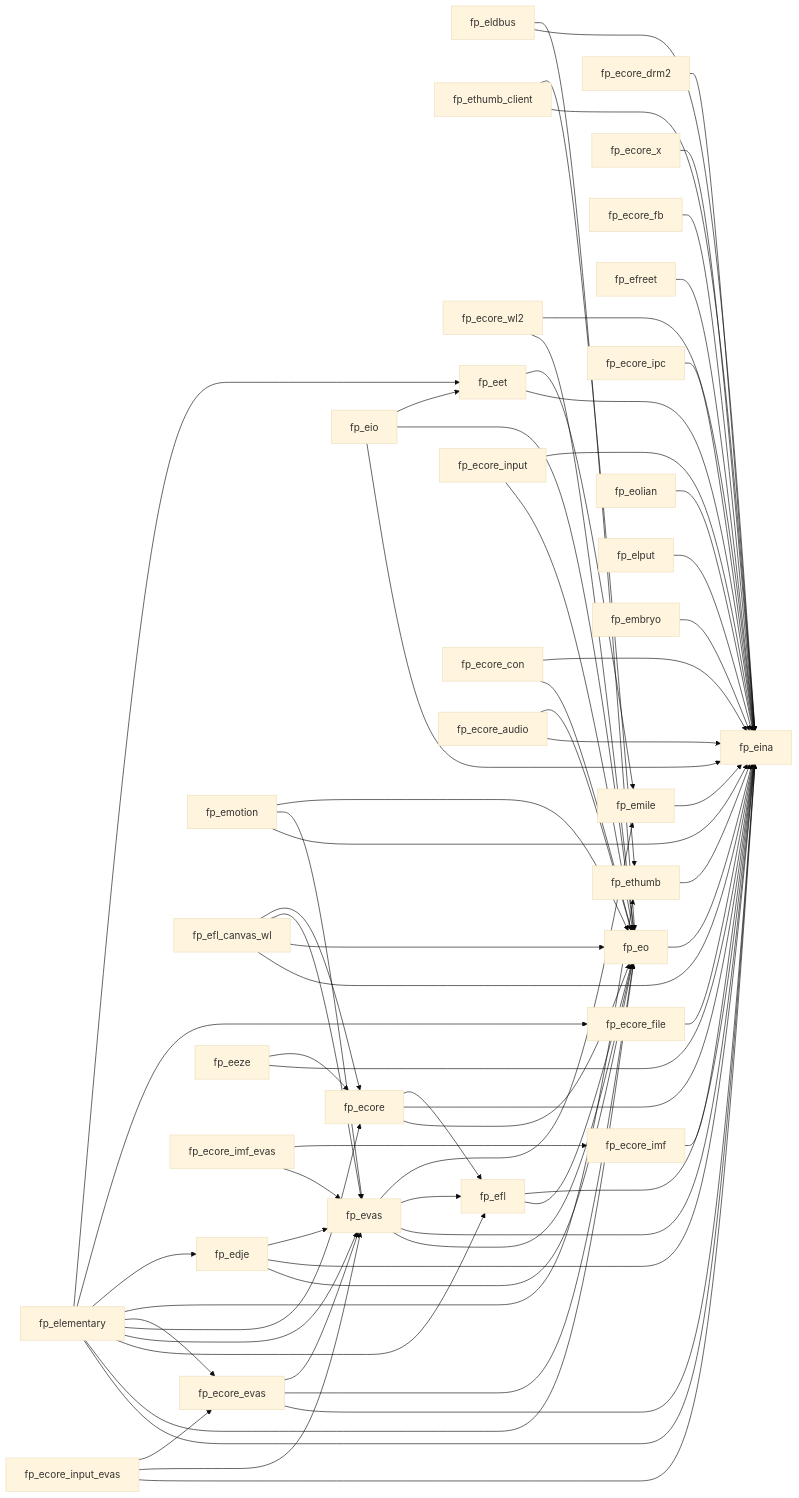
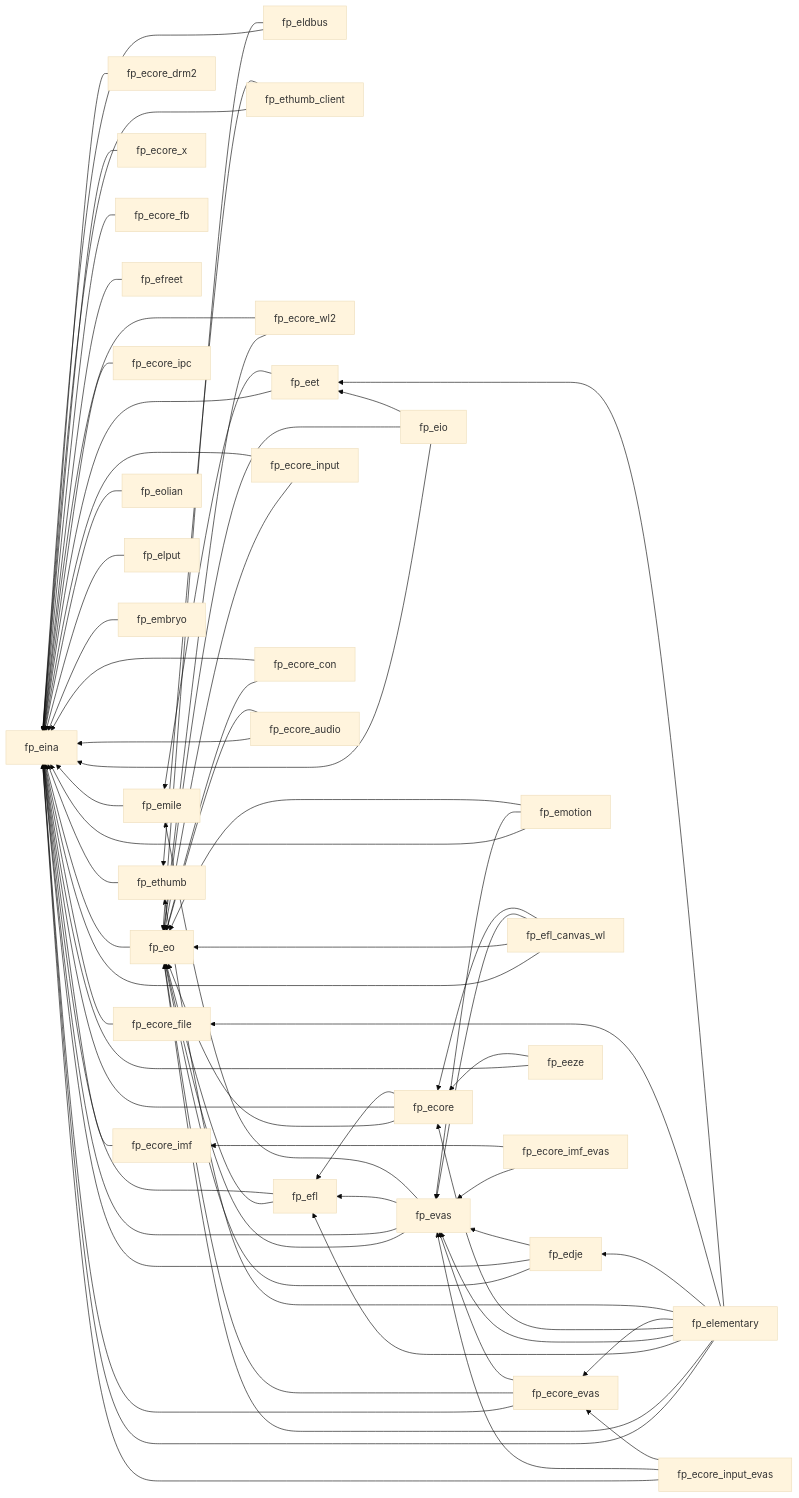
One commit to sechshelme/Lazarus-GNOME-GTK4-Packages_and_Examples changed the diagram in advancedpackages/efl/readme.md. Above: the diagram before and after it, drawn with Mermaid (base theme).

````diff
--- a/advancedpackages/efl/readme.md
+++ b/advancedpackages/efl/readme.md
@@ -1,72 +1,72 @@
 ```mermaid
-flowchart LR
+flowchart RL
     fp_eo --> fp_eina
     fp_eldbus --> fp_eina
     fp_eldbus --> fp_eo
     fp_ecore_drm2 --> fp_eina
     fp_ethumb_client --> fp_eina
     fp_ethumb_client --> fp_ethumb
     fp_ecore_wl2 --> fp_eo
     fp_ecore_wl2 --> fp_eina
     fp_ecore_x --> fp_eina
     fp_ecore_input_evas --> fp_eina
     fp_ecore_input_evas --> fp_evas
     fp_ecore_input_evas --> fp_ecore_evas
     fp_efl --> fp_eo
     fp_efl --> fp_eina
     fp_ecore_fb --> fp_eina
     fp_efreet --> fp_eina
     fp_evas --> fp_eo
     fp_evas --> fp_eina
     fp_evas --> fp_efl
     fp_evas --> fp_emile
     fp_eio --> fp_eina
     fp_eio --> fp_eo
     fp_eio --> fp_eet
     fp_ecore_evas --> fp_eina
     fp_ecore_evas --> fp_eo
     fp_ecore_evas --> fp_evas
     fp_eet --> fp_eina
     fp_eet --> fp_emile
     fp_ecore_ipc --> fp_eina
     fp_emile --> fp_eina
     fp_ecore_file --> fp_eina
     fp_ecore_input --> fp_eo
     fp_ecore_input --> fp_eina
     fp_ecore_imf --> fp_eina
     fp_emotion --> fp_eina
     fp_emotion --> fp_evas
     fp_emotion --> fp_eo
     fp_eolian --> fp_eina
     fp_ecore_con --> fp_eo
     fp_ecore_con --> fp_eina
     fp_efl_canvas_wl --> fp_eina
     fp_efl_canvas_wl --> fp_eo
     fp_efl_canvas_wl --> fp_evas
     fp_efl_canvas_wl --> fp_ecore
     fp_ethumb --> fp_eina
     fp_elementary --> fp_eina
     fp_elementary --> fp_eo
     fp_elementary --> fp_efl
     fp_elementary --> fp_evas
     fp_elementary --> fp_ecore
     fp_elementary --> fp_ecore_evas
     fp_elementary --> fp_ethumb
     fp_elementary --> fp_edje
     fp_elementary --> fp_ecore_file
     fp_elementary --> fp_eet
     fp_edje --> fp_eo
     fp_edje --> fp_eina
     fp_edje --> fp_evas
     fp_eeze --> fp_eina
     fp_eeze --> fp_ecore
     fp_ecore_imf_evas --> fp_evas
     fp_ecore_imf_evas --> fp_ecore_imf
     fp_elput --> fp_eina
     fp_ecore_audio --> fp_eina
     fp_ecore_audio --> fp_eo
     fp_ecore --> fp_eo
     fp_ecore --> fp_eina
     fp_ecore --> fp_efl
     fp_embryo --> fp_eina
 ```
````
